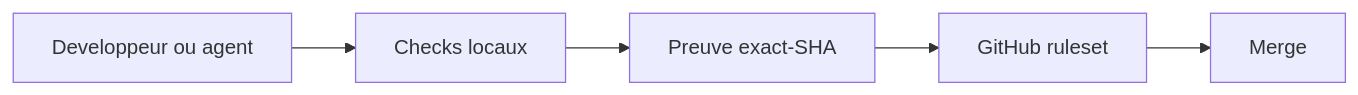
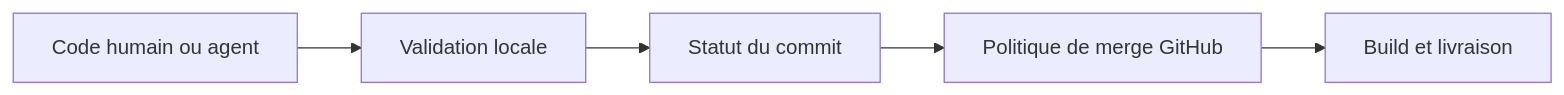
The diagram in src/content/blog/2026-11-07-ia-accelere-code-ci-doit-suivre.md (EtienneDeneuve/etiennedeneuve.github.io), drawn with Mermaid before and after one commit. The commit also changed other lines of this file, not shown here.

```diff
--- a/src/content/blog/2026-11-07-ia-accelere-code-ci-doit-suivre.md
+++ b/src/content/blog/2026-11-07-ia-accelere-code-ci-doit-suivre.md
@@ -58,7 +83,7 @@
 ~~~mermaid
 flowchart LR
-    A[Developpeur ou agent] --> B[Checks locaux]
-    B --> C[Preuve exact-SHA]
-    C --> D[GitHub ruleset]
-    D --> E[Merge]
+    A[Code humain ou agent] --> B[Validation locale]
+    B --> C[Statut du commit]
+    C --> D[Politique de merge GitHub]
+    D --> E[Build et livraison]
 ~~~
```
